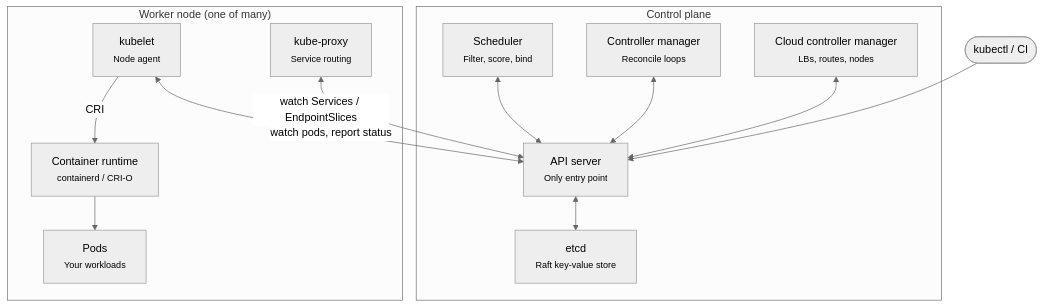
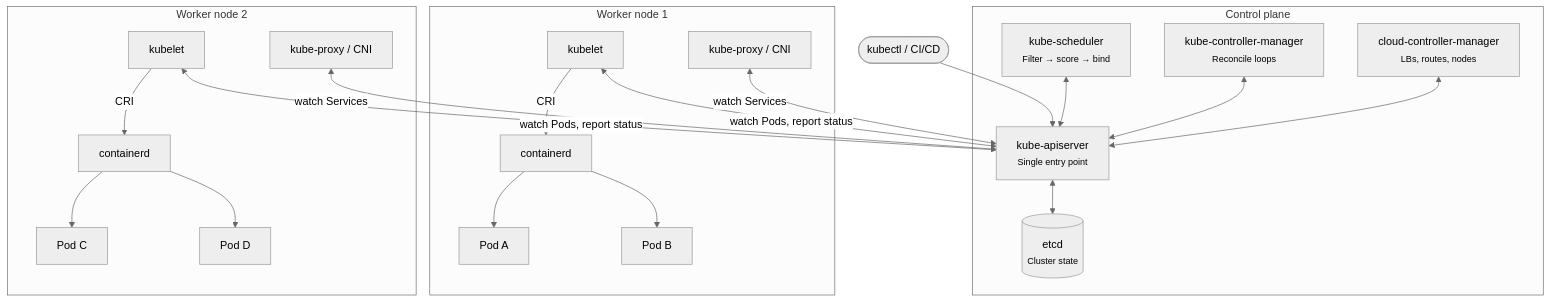
Before and after one commit to mridulsingh8390/K8S-Interview: the first of 3 diagrams in 01-Cluster/README.md, drawn with Mermaid (neutral theme). The commit also changed other lines of this file, not shown here.

````diff
--- a/01-Cluster/README.md
+++ b/01-Cluster/README.md
@@ -23,27 +29,33 @@
 ```mermaid
 flowchart TB
+    USER(["kubectl / CI/CD"]) --> API
+
     subgraph CP["Control plane"]
-        API["API server<br/><small>Only entry point</small>"]
-        ETCD["etcd<br/><small>Raft key-value store</small>"]
-        SCH["Scheduler<br/><small>Filter, score, bind</small>"]
-        CM["Controller manager<br/><small>Reconcile loops</small>"]
-        CCM["Cloud controller manager<br/><small>LBs, routes, nodes</small>"]
+        API["kube-apiserver<br/><small>Single entry point</small>"]
+        ETCD[("etcd<br/><small>Cluster state</small>")]
+        SCH["kube-scheduler<br/><small>Filter → score → bind</small>"]
+        CM["kube-controller-manager<br/><small>Reconcile loops</small>"]
+        CCM["cloud-controller-manager<br/><small>LBs, routes, nodes</small>"]
         API <--> ETCD
         SCH <--> API
         CM <--> API
         CCM <--> API
     end
 
-    subgraph WN["Worker node (one of many)"]
-        KL["kubelet<br/><small>Node agent</small>"]
-        KP["kube-proxy<br/><small>Service routing</small>"]
-        RT["Container runtime<br/><small>containerd / CRI-O</small>"]
-        POD["Pods<br/><small>Your workloads</small>"]
-        KL -->|CRI| RT
-        RT --> POD
+    subgraph W1["Worker node 1"]
+        KL1["kubelet"] -->|CRI| RT1["containerd"]
+        RT1 --> PA["Pod A"] & PB["Pod B"]
+        KP1["kube-proxy / CNI"]
     end
 
-    KL <-->|watch pods, report status| API
-    KP <-->|watch Services / EndpointSlices| API
-    USER(["kubectl / CI"]) --> API
+    subgraph W2["Worker node 2"]
+        KL2["kubelet"] -->|CRI| RT2["containerd"]
+        RT2 --> PC["Pod C"] & PD["Pod D"]
+        KP2["kube-proxy / CNI"]
+    end
+
+    KL1 <-->|watch Pods, report status| API
+    KL2 <-->|watch Pods, report status| API
+    KP1 <-->|watch Services| API
+    KP2 <-->|watch Services| API
 ```
````
